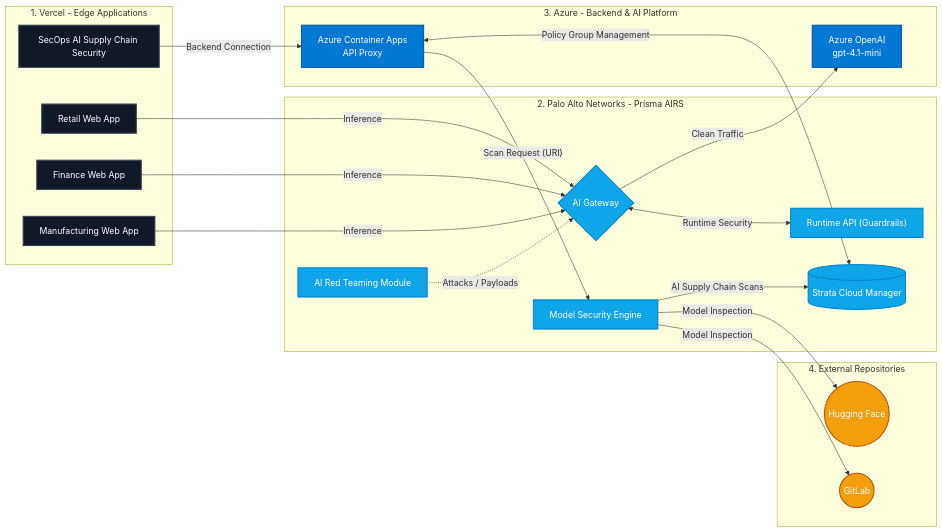
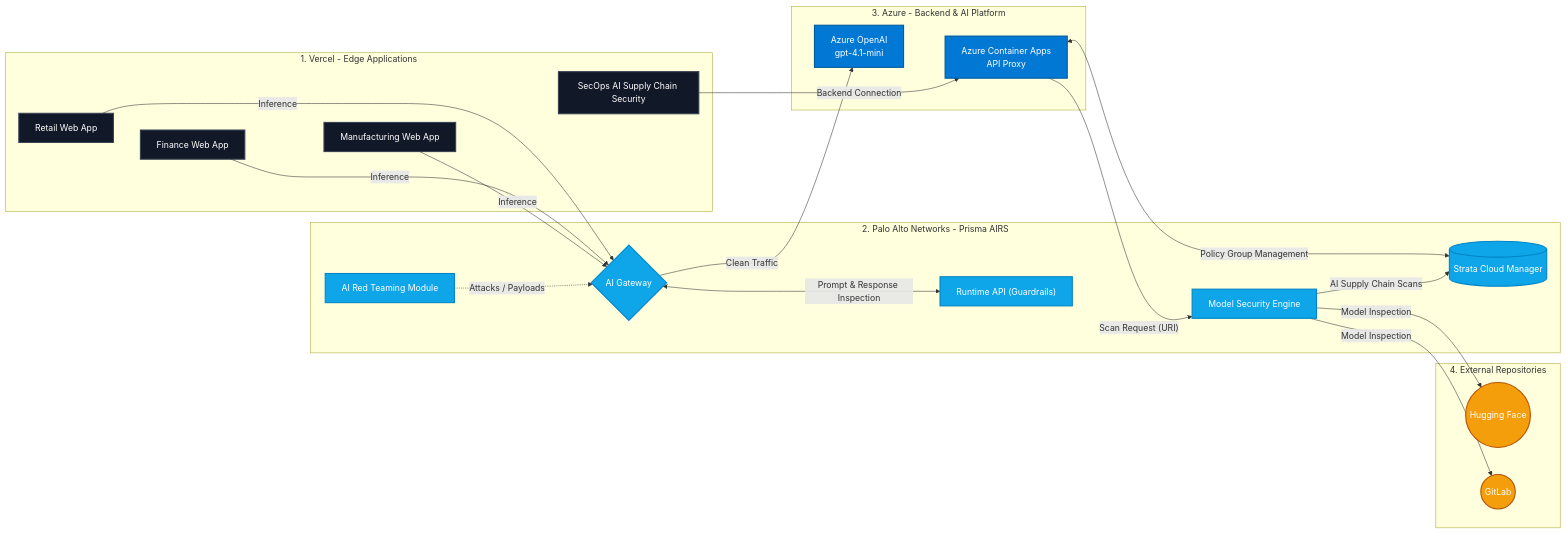
Before and after one commit to odobarro/prisma-airs-azure-demo-kit: the diagram in README.md, drawn with Mermaid.

Commit message:
readme infromation expanded

````diff
--- a/README.md
+++ b/README.md
@@ -14,51 +14,65 @@
 ```mermaid
 graph LR
     %% Styling Definitions (Palo Alto, Azure, and Vercel Colors)
     classDef frontend fill:#111827,stroke:#374151,stroke-width:2px,color:#fff;
     classDef prisma fill:#0ea5e9,stroke:#0284c7,stroke-width:2px,color:#fff;
     classDef azure fill:#0078D4,stroke:#005A9E,stroke-width:2px,color:#fff;
     classDef external fill:#f59e0b,stroke:#b45309,stroke-width:2px,color:#fff;
 
     subgraph Consumption_Layer ["1. Vercel - Edge Applications"]
         R["Retail Web App"]:::frontend
         F["Finance Web App"]:::frontend
         M["Manufacturing Web App"]:::frontend
         S["SecOps AI Supply Chain Security"]:::frontend
+        
+        %% Forzar orden vertical en Vercel
+        R ~~~ F ~~~ M ~~~ S
     end
 
     subgraph Security_Layer ["2. Palo Alto Networks - Prisma AIRS"]
+        RED["AI Red Teaming Module"]:::prisma
         GW{"AI Gateway"}:::prisma
         RT["Runtime API (Guardrails)"]:::prisma
-        RED["AI Red Teaming Module"]:::prisma
         MS["Model Security Engine"]:::prisma
         SCM[("Strata Cloud Manager")]:::prisma
+        
+        %% Aislar la capa de Inferencia de la capa SecOps
+        RT ~~~ MS
+        MS ~~~ SCM
     end
 
     subgraph Infrastructure_Layer ["3. Azure - Backend & AI Platform"]
         OAI["Azure OpenAI <br/> gpt-4.1-mini"]:::azure
         ACA["Azure Container Apps <br/> API Proxy"]:::azure
+        
+        %% Separar IA Generativa del proxy de escaneo
+        OAI ~~~ ACA
     end
 
     subgraph Supply_Chain ["4. External Repositories"]
         HF(("Hugging Face")):::external
         GL(("GitLab")):::external
     end
 
-    %% Runtime Security & Red Teaming Flows
+    %% ==========================================
+    %% 🔴 FLUJOS DE RUNTIME SECURITY (INFERENCIA)
+    %% ==========================================
     R -->|"Inference"| GW
     F -->|"Inference"| GW
     M -->|"Inference"| GW
     RED -.->|"Attacks / Payloads"| GW
     
-    GW <-->|"Runtime Security"| RT
+    GW <-->|"Prompt & Response Inspection"| RT
     GW -->|"Clean Traffic"| OAI
 
-    %% SecOps (Model Security) Flows
+    %% ==========================================
+    %% 🔵 FLUJOS DE SECOPS (SUPPLY CHAIN)
+    %% ==========================================
     S -->|"Backend Connection"| ACA
     ACA -->|"Scan Request (URI)"| MS
     ACA <-->|"Policy Group Management"| SCM
     
     MS -->|"Model Inspection"| HF
     MS -->|"Model Inspection"| GL
     MS -->|"AI Supply Chain Scans"| SCM
 ```
````
